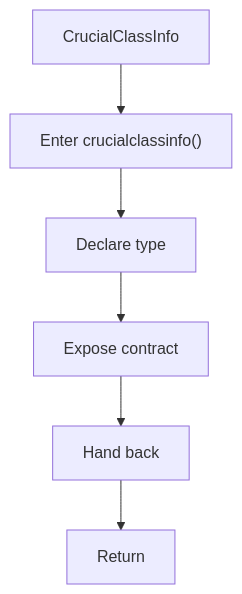
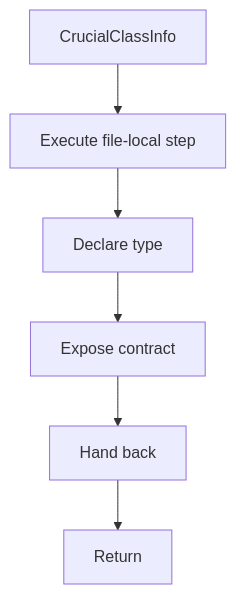
One commit to JohnAndrewBalbarosa/NeoTerritory changed the fourth of 9 diagrams in docs/Codebase/Microservice/Modules/Header/SyntacticBrokenAST/Analysis/Lexical/lexical_structure_hooks.hpp.md. Above: the diagram before and after it, drawn with Mermaid. The commit also changed other lines of this file and 925 other files, not shown here.

````diff
--- a/docs/Codebase/Microservice/Modules/Header/SyntacticBrokenAST/Analysis/Lexical/lexical_structure_hooks.hpp.md
+++ b/docs/Codebase/Microservice/Modules/Header/SyntacticBrokenAST/Analysis/Lexical/lexical_structure_hooks.hpp.md
@@ -131,14 +130,14 @@
 ```mermaid
 flowchart TD
     Start["CrucialClassInfo"]
-    N0["Enter crucialclassinfo()"]
+    N0["Execute file-local step"]
     N1["Declare type"]
     N2["Expose contract"]
     N3["Hand back"]
     End["Return"]
     Start --> N0
     N0 --> N1
     N1 --> N2
     N2 --> N3
     N3 --> End
 ```
````
